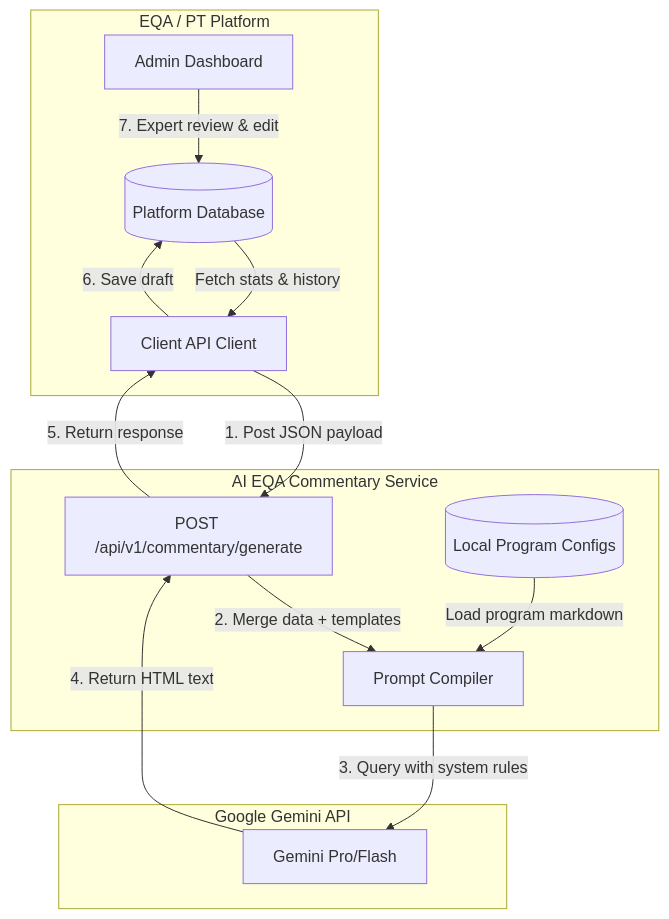
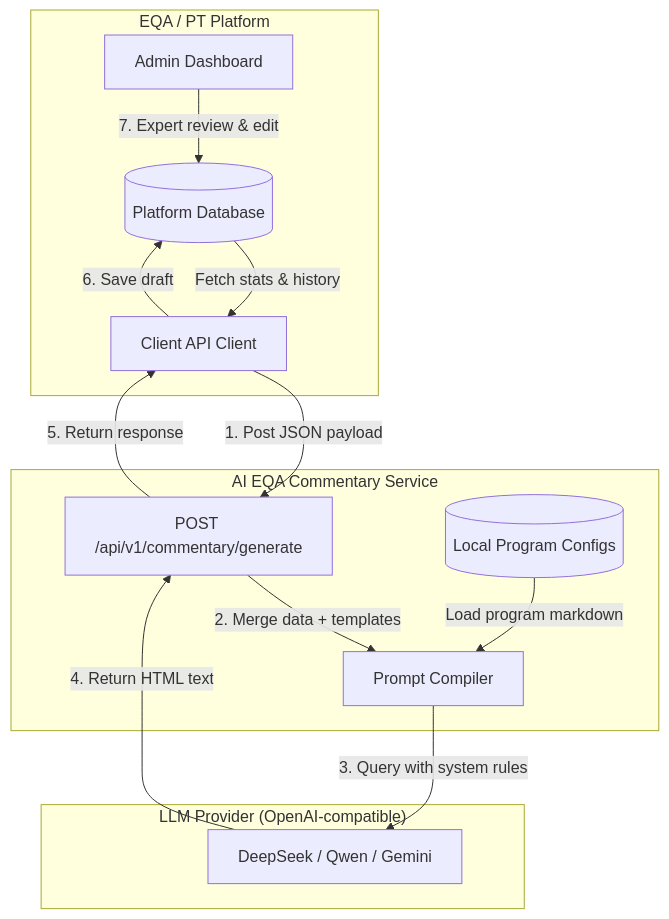
The first of 2 diagrams in README.md (tony-nyagah/expert-commentary-service), drawn with Mermaid before and after one commit. The commit also changed other lines of this file, not shown here.

First line of the commit message:
docs: document the per-sample request schema, LLM env config and service token

````diff
--- a/README.md
+++ b/README.md
@@ -13,28 +13,28 @@
 ```mermaid
 flowchart TD
     subgraph Client ["EQA / PT Platform"]
         DB[(Platform Database)]
         Router[Client API Client]
         AdminUI[Admin Dashboard]
     end
 
     subgraph Service ["AI EQA Commentary Service"]
         API[POST /api/v1/commentary/generate]
         PromptEng[Prompt Compiler]
         TemplateDB[(Local Program Configs)]
     end
 
-    subgraph LLM ["Google Gemini API"]
-        Model[Gemini Pro/Flash]
+    subgraph LLM ["LLM Provider (OpenAI-compatible)"]
+        Model[DeepSeek / Qwen / Gemini]
     end
 
     DB -->|Fetch stats & history| Router
     Router -->|1. Post JSON payload| API
     API -->|2. Merge data + templates| PromptEng
     TemplateDB -->|Load program markdown| PromptEng
     PromptEng -->|3. Query with system rules| Model
     Model -->|4. Return HTML text| API
     API -->|5. Return response| Router
     Router -->|6. Save draft| DB
     AdminUI -->|7. Expert review & edit| DB
 ```
````
